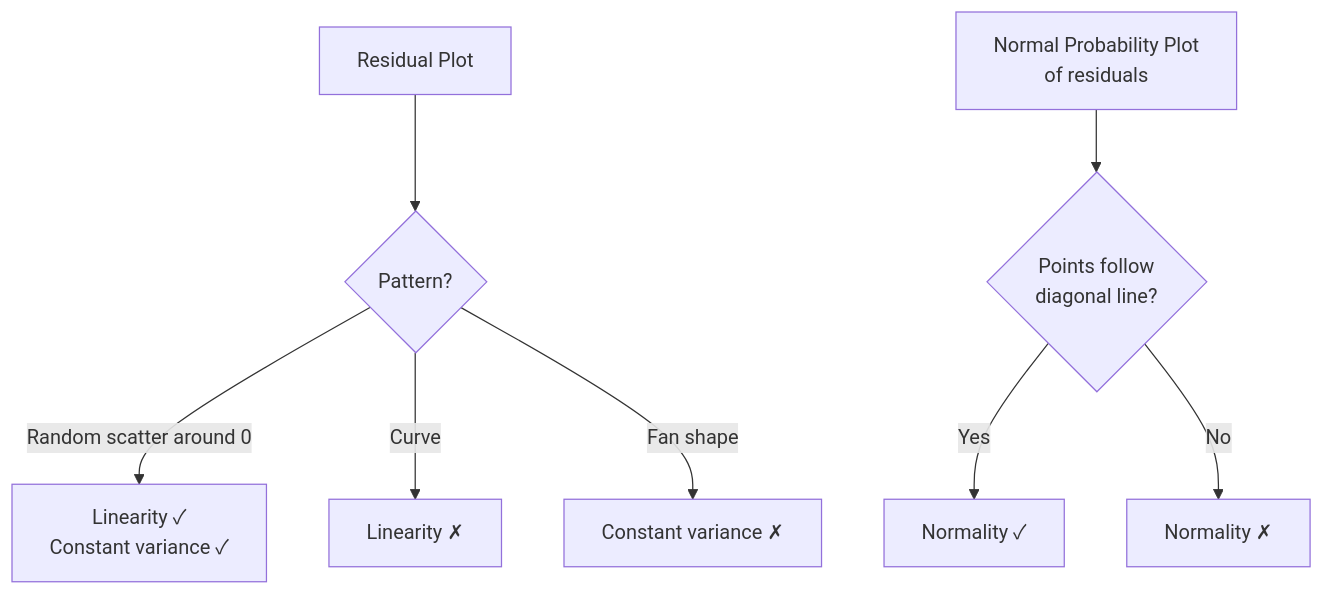
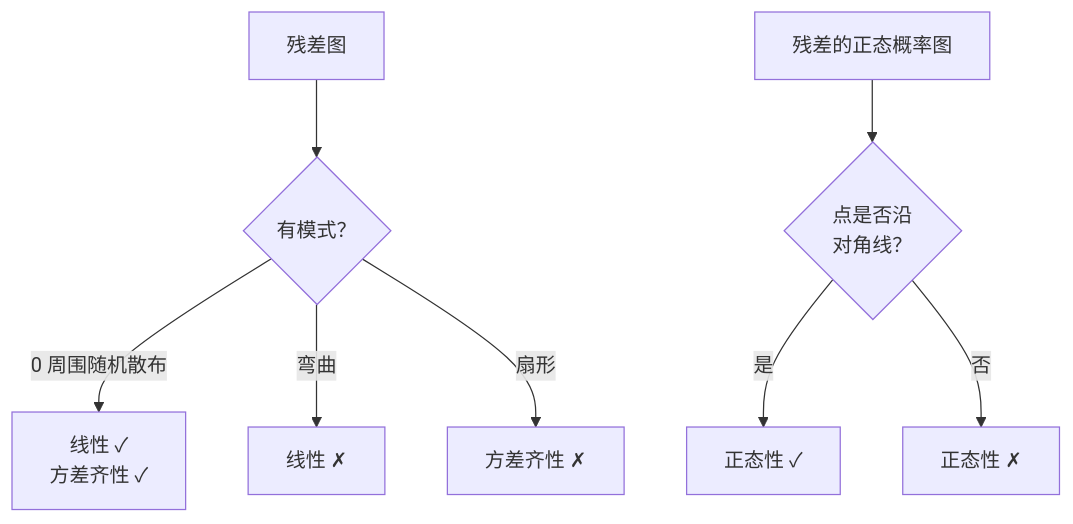
Before and after one commit to xieguaiwu/Notes: the diagram in Math/Statistics/AP_Statistics/Unit_9_Inference_for_Slopes.md, drawn with Mermaid. The commit also changed other lines of this file and 30 other files, not shown here.

Commit message:
obsidian-note-generation: translate all AP Statistics notes to Chinese, fix format issues (H1, --- separators, Unicode→LaTeX), add chart types review note

````diff
--- a/Math/Statistics/AP_Statistics/Unit_9_Inference_for_Slopes.md
+++ b/Math/Statistics/AP_Statistics/Unit_9_Inference_for_Slopes.md
@@ -83,11 +71,11 @@
 ```mermaid
 flowchart TD
-    A[Residual Plot] --> B{Pattern?}
-    B -->|Random scatter around 0| C[Linearity ✓<br>Constant variance ✓]
-    B -->|Curve| D[Linearity ✗]
-    B -->|Fan shape| E[Constant variance ✗]
+    A[残差图] --> B{有模式？}
+    B -->|0 周围随机散布| C[线性 ✓<br>方差齐性 ✓]
+    B -->|弯曲| D[线性 ✗]
+    B -->|扇形| E[方差齐性 ✗]
     
-    F[Normal Probability Plot<br>of residuals] --> G{Points follow<br>diagonal line?}
-    G -->|Yes| H[Normality ✓]
-    G -->|No| I[Normality ✗]
+    F[残差的正态概率图] --> G{点是否沿<br>对角线？}
+    G -->|是| H[正态性 ✓]
+    G -->|否| I[正态性 ✗]
 ```
````
